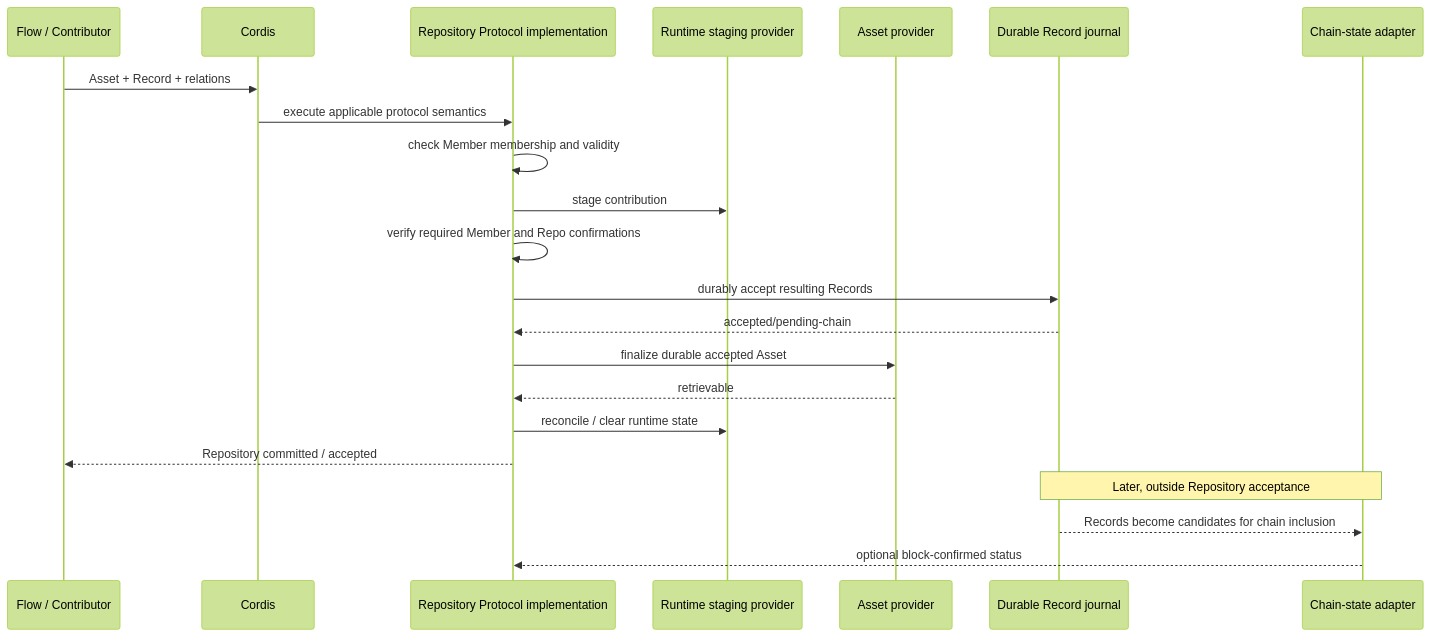
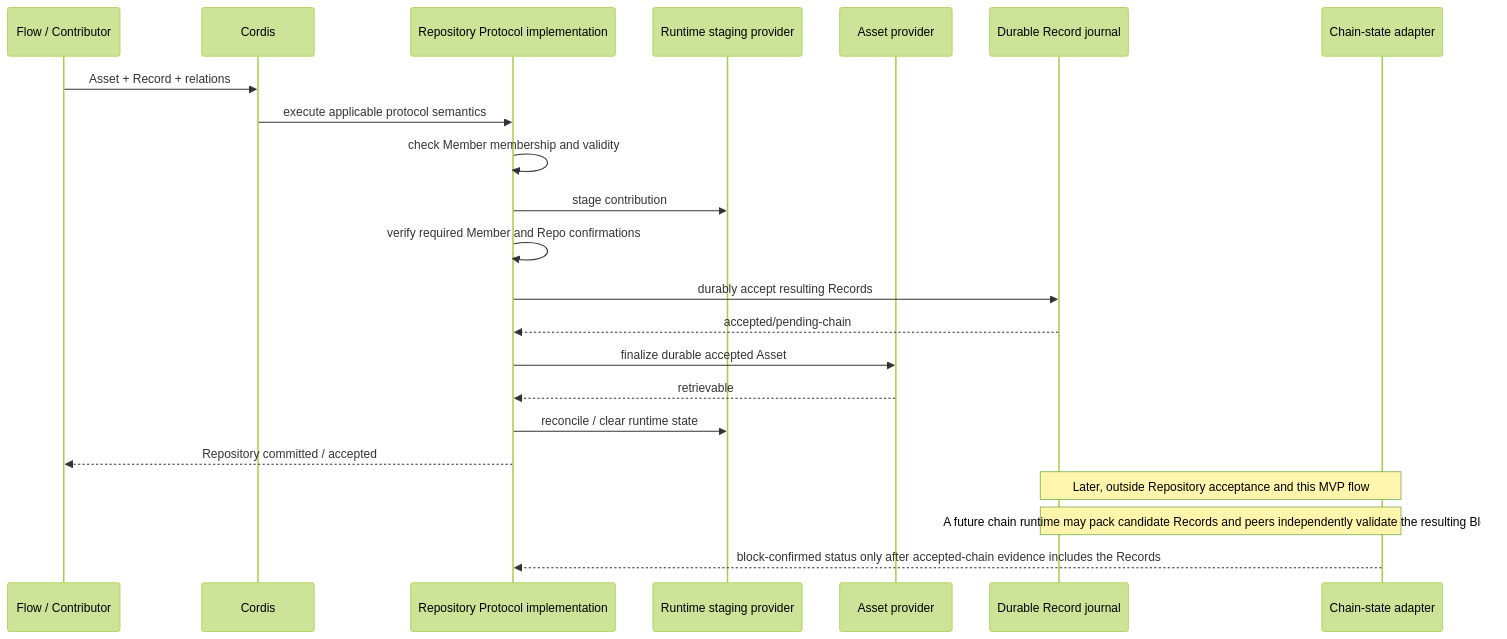
The fourth of 5 diagrams in docs/architecture.md (labourchain/repository), drawn with Mermaid (forest theme) before and after one commit. The commit also changed other lines of this file and 6 other files, not shown here.

Commit message:
docs: realign Repository MVP trust and history model

````diff
--- a/docs/architecture.md
+++ b/docs/architecture.md
@@ -302,26 +307,26 @@
 ```mermaid
 sequenceDiagram
     participant Consumer as Flow / Contributor
     participant Cordis as Cordis
     participant Protocol as Repository Protocol implementation
     participant Stage as Runtime staging provider
     participant Assets as Asset provider
     participant Journal as Durable Record journal
     participant Chain as Chain-state adapter
 
     Consumer->>Cordis: Asset + Record + relations
     Cordis->>Protocol: execute applicable protocol semantics
     Protocol->>Protocol: check Member membership and validity
     Protocol->>Stage: stage contribution
     Protocol->>Protocol: verify required Member and Repo confirmations
     Protocol->>Journal: durably accept resulting Records
     Journal-->>Protocol: accepted/pending-chain
     Protocol->>Assets: finalize durable accepted Asset
     Assets-->>Protocol: retrievable
     Protocol->>Stage: reconcile / clear runtime state
     Protocol-->>Consumer: Repository committed / accepted
 
-    Note over Journal,Chain: Later, outside Repository acceptance
-    Journal-->>Chain: Records become candidates for chain inclusion
-    Chain-->>Protocol: optional block-confirmed status
+    Note over Journal,Chain: Later, outside Repository acceptance and this MVP flow
+    Note over Journal,Chain: A future chain runtime may pack candidate Records and peers independently validate the resulting Block
+    Chain-->>Protocol: block-confirmed status only after accepted-chain evidence includes the Records
 ```
````
